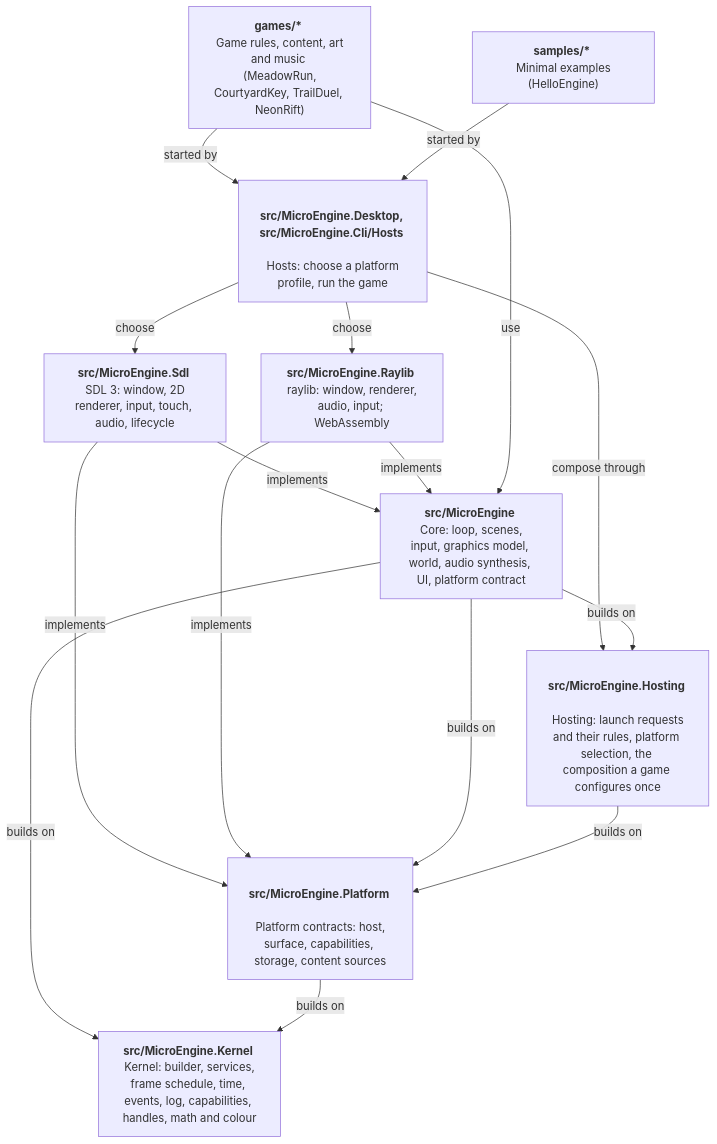
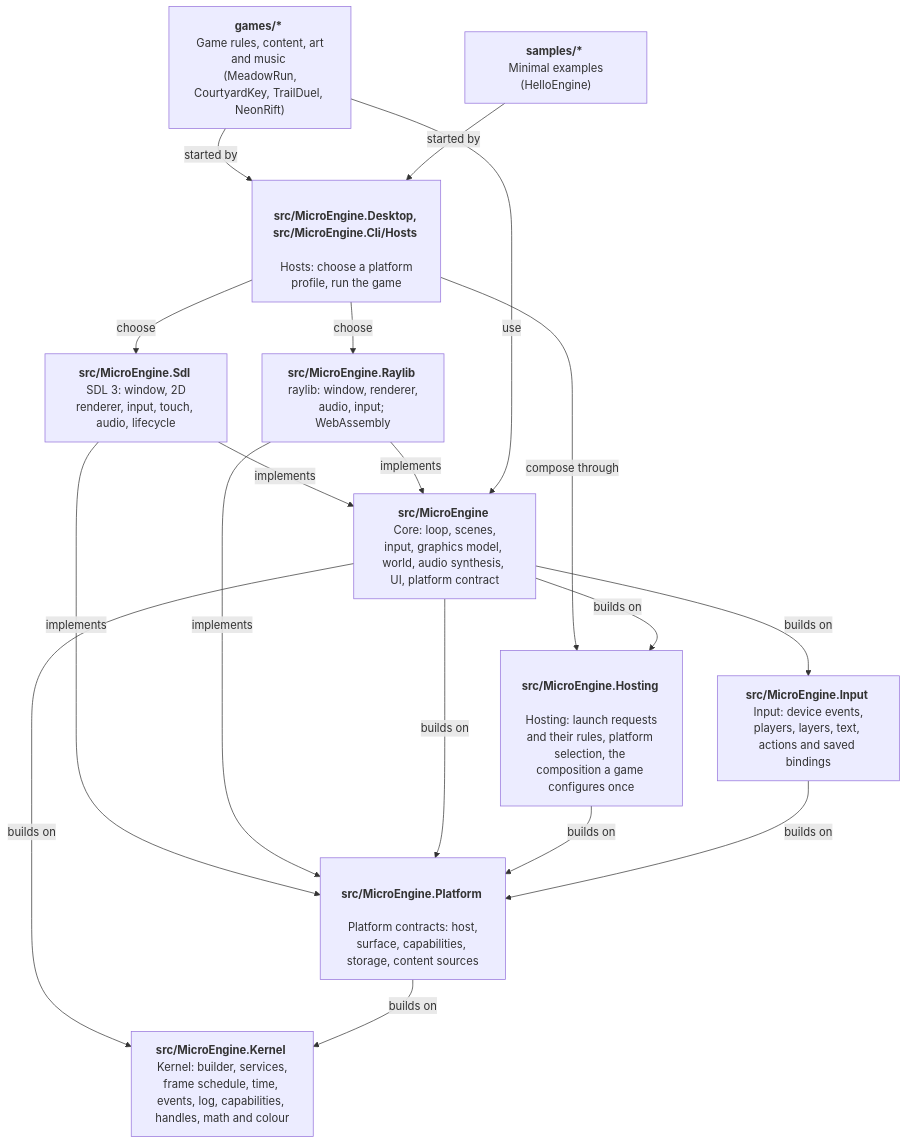
The diagram in docs/architecture.md (NastMz/MicroEngine), drawn with Mermaid before and after one commit. The commit also changed other lines of this file and 88 other files, not shown here.

First line of the commit message:
feat(input): device events with ids, players, layers and saved bindings in MicroEngine.Input

````diff
--- a/docs/architecture.md
+++ b/docs/architecture.md
@@ -11,29 +11,32 @@
 ```mermaid
 flowchart TB
   accTitle: Layers
   accDescr: Games and samples start through the hosts, which compose them through hosting and offer the SDL and raylib backends; both implement the platform contract, which builds on the kernel.
   games["<b> games/* </b> <br/> Game rules, content, art and music <br/> (MeadowRun, CourtyardKey, TrailDuel, NeonRift)"]
   samples["<b> samples/* </b> <br/> Minimal examples (HelloEngine)"]
   hosts["<b> src/MicroEngine.Desktop, src/MicroEngine.Cli/Hosts </b> <br/> Hosts: choose a platform profile, run the game"]
   sdl["<b> src/MicroEngine.Sdl </b> <br/> SDL 3: window, 2D renderer, input, touch, audio, lifecycle"]
   raylib["<b> src/MicroEngine.Raylib </b> <br/> raylib: window, renderer, audio, input; WebAssembly"]
   core["<b> src/MicroEngine </b> <br/> Core: loop, scenes, input, graphics model, world, audio synthesis, UI, platform contract"]
   platform["<b> src/MicroEngine.Platform </b> <br/> Platform contracts: host, surface, capabilities, storage, content sources"]
+  input["<b> src/MicroEngine.Input </b> <br/> Input: device events, players, layers, text, actions and saved bindings"]
   hosting["<b> src/MicroEngine.Hosting </b> <br/> Hosting: launch requests and their rules, platform selection, the composition a game configures once"]
   kernel["<b> src/MicroEngine.Kernel </b> <br/> Kernel: builder, services, frame schedule, time, events, log, capabilities, handles, math and colour"]
   games -- started by --> hosts
   samples -- started by --> hosts
   hosts -- choose --> sdl
   hosts -- choose --> raylib
   hosts -- compose through --> hosting
   sdl -- implements --> core
   raylib -- implements --> core
   sdl -- implements --> platform
   raylib -- implements --> platform
   games -- use --> core
   core -- builds on --> platform
   core -- builds on --> kernel
   platform -- builds on --> kernel
   core -- builds on --> hosting
   hosting -- builds on --> platform
+  core -- builds on --> input
+  input -- builds on --> platform
 ```
````
